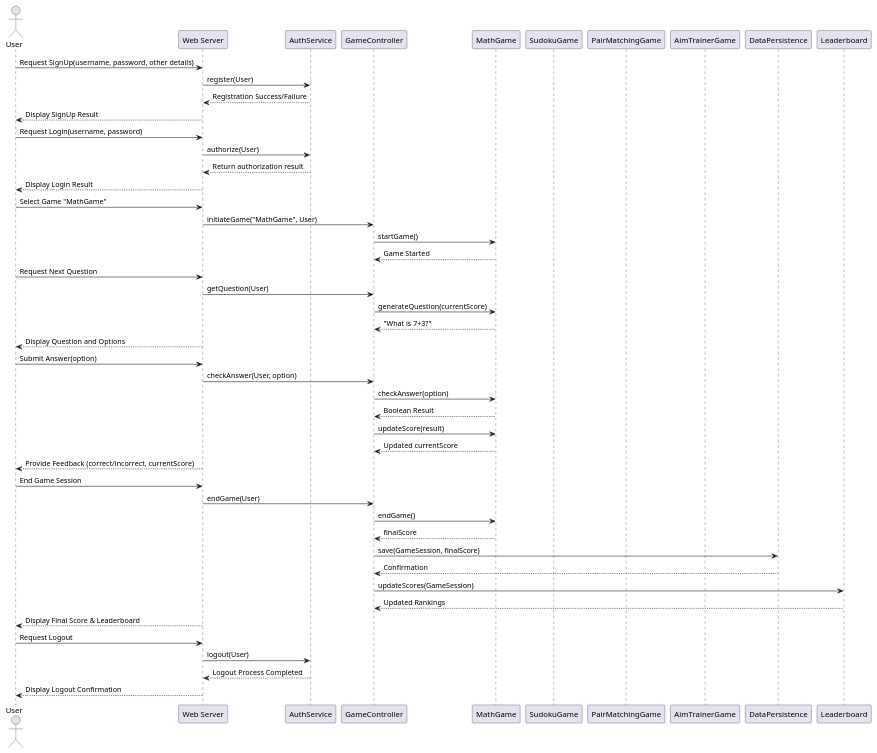
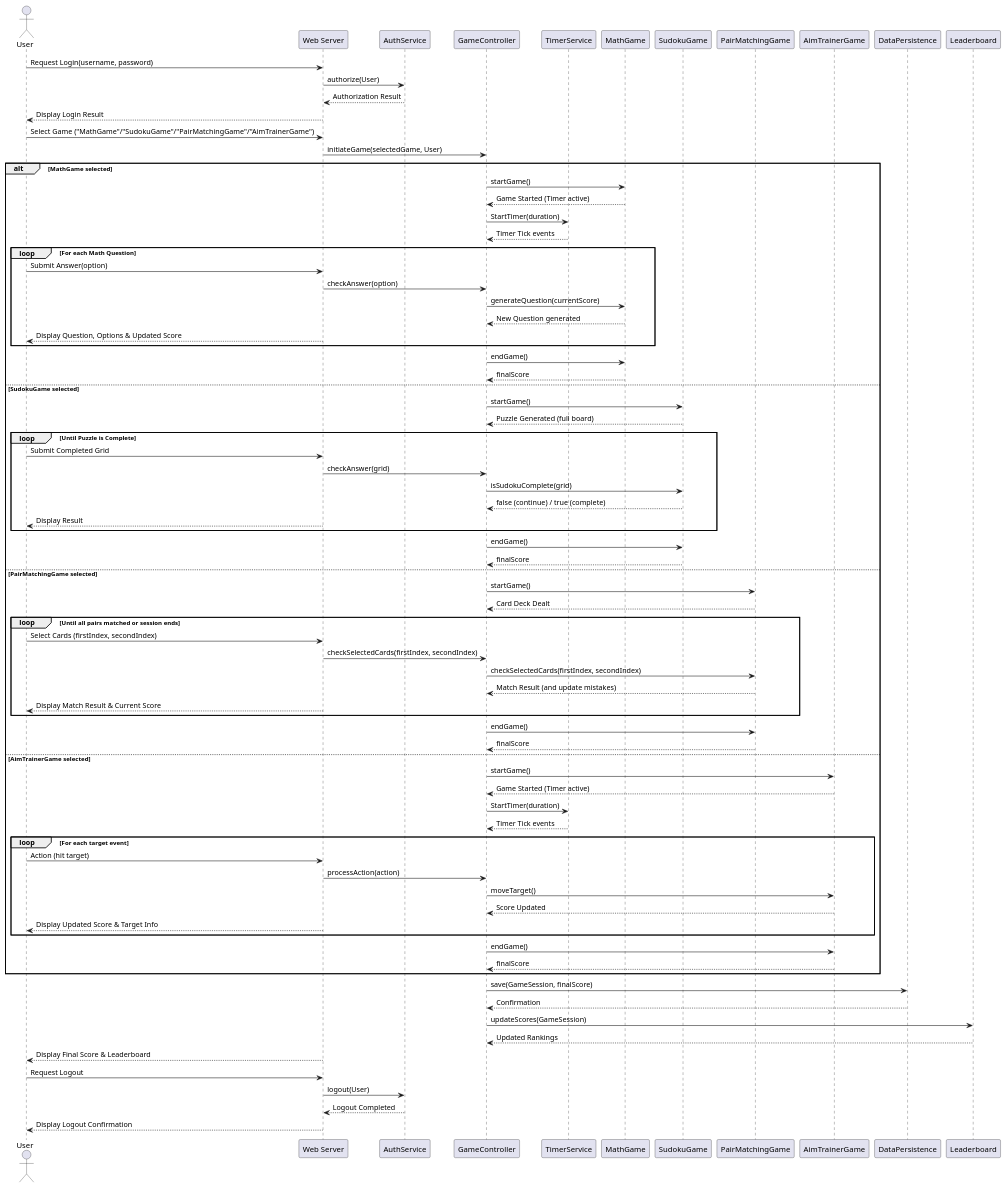
The diagram in Diagrams/sequence_diagram.puml (mykolas-alt/Komanda-1), drawn with PlantUML before and after one commit. The commit also changed 1 other file, not shown here.

Commit message:
refactor: Updated sequence and class diagrams

```diff
--- a/Diagrams/sequence_diagram.puml
+++ b/Diagrams/sequence_diagram.puml
@@ -1,67 +1,91 @@
 @startuml
 actor "User" as User
 participant "Web Server" as Server
 participant "AuthService" as Auth
 participant "GameController" as GameCtrl
+participant "TimerService" as Timer
 participant "MathGame" as MathGame
 participant "SudokuGame" as Sudoku
 participant "PairMatchingGame" as PairMatch
 participant "AimTrainerGame" as AimTrainer
 participant "DataPersistence" as DB
 participant "Leaderboard" as LB
 
 ' =================== Authentication Flow ===================
-' ---- Sign Up Flow ----
-User -> Server: Request SignUp(username, password, other details)
-Server -> Auth: register(User)
-Auth --> Server: Registration Success/Failure
-Server --> User: Display SignUp Result
-
-' ---- Login Flow ----
 User -> Server: Request Login(username, password)
 Server -> Auth: authorize(User)
-Auth --> Server: Return authorization result
+Auth --> Server: Authorization Result
 Server --> User: Display Login Result
 
-' =================== Game Selection and Play ===================
-' ---- Game Selection ----
-User -> Server: Select Game "MathGame"
-Server -> GameCtrl: initiateGame("MathGame", User)
-GameCtrl -> MathGame: startGame()
-MathGame --> GameCtrl: Game Started
+' =================== Game Selection ===================
+User -> Server: Select Game ("MathGame"/"SudokuGame"/"PairMatchingGame"/"AimTrainerGame")
+Server -> GameCtrl: initiateGame(selectedGame, User)
 
-' ---- Game Play Loop ----
-User -> Server: Request Next Question
-Server -> GameCtrl: getQuestion(User)
-GameCtrl -> MathGame: generateQuestion(currentScore)
-MathGame --> GameCtrl: "What is 7+3?" 
-Server --> User: Display Question and Options
+alt MathGame selected
+    GameCtrl -> MathGame: startGame()
+    MathGame --> GameCtrl: Game Started (Timer active)
+    GameCtrl -> Timer: StartTimer(duration)
+    Timer --> GameCtrl: Timer Tick events
+    loop For each Math Question
+        User -> Server: Submit Answer(option)
+        Server -> GameCtrl: checkAnswer(option)
+        GameCtrl -> MathGame: generateQuestion(currentScore)
+        MathGame --> GameCtrl: New Question generated
+        Server --> User: Display Question, Options & Updated Score
+    end
+    GameCtrl -> MathGame: endGame()
+    MathGame --> GameCtrl: finalScore
+else SudokuGame selected
+    GameCtrl -> Sudoku: startGame()
+    Sudoku --> GameCtrl: Puzzle Generated (full board)
+    loop Until Puzzle is Complete
+        User -> Server: Submit Completed Grid
+        Server -> GameCtrl: checkAnswer(grid)
+        GameCtrl -> Sudoku: isSudokuComplete(grid)
+        Sudoku --> GameCtrl: false (continue) / true (complete)
+        Server --> User: Display Result
+    end
+    GameCtrl -> Sudoku: endGame()
+    Sudoku --> GameCtrl: finalScore
+else PairMatchingGame selected
+    GameCtrl -> PairMatch: startGame()
+    PairMatch --> GameCtrl: Card Deck Dealt
+    loop Until all pairs matched or session ends
+        User -> Server: Select Cards (firstIndex, secondIndex)
+        Server -> GameCtrl: checkSelectedCards(firstIndex, secondIndex)
+        GameCtrl -> PairMatch: checkSelectedCards(firstIndex, secondIndex)
+        PairMatch --> GameCtrl: Match Result (and update mistakes)
+        Server --> User: Display Match Result & Current Score
+    end
+    GameCtrl -> PairMatch: endGame()
+    PairMatch --> GameCtrl: finalScore
+else AimTrainerGame selected
+    GameCtrl -> AimTrainer: startGame()
+    AimTrainer --> GameCtrl: Game Started (Timer active)
+    GameCtrl -> Timer: StartTimer(duration)
+    Timer --> GameCtrl: Timer Tick events
+    loop For each target event
+        User -> Server: Action (hit target)
+        Server -> GameCtrl: processAction(action)
+        GameCtrl -> AimTrainer: moveTarget()
+        AimTrainer --> GameCtrl: Score Updated
+        Server --> User: Display Updated Score & Target Info
+    end
+    GameCtrl -> AimTrainer: endGame()
+    AimTrainer --> GameCtrl: finalScore
+end
 
-User -> Server: Submit Answer(option)
-Server -> GameCtrl: checkAnswer(User, option)
-GameCtrl -> MathGame: checkAnswer(option)
-MathGame --> GameCtrl: Boolean Result
-GameCtrl -> MathGame: updateScore(result)
-MathGame --> GameCtrl: Updated currentScore
-Server --> User: Provide Feedback (correct/incorrect, currentScore)
-
-' (Loop these steps for multiple rounds)
-
-' =================== Ending the Game Session ===================
-User -> Server: End Game Session
-Server -> GameCtrl: endGame(User)
-GameCtrl -> MathGame: endGame()
-MathGame --> GameCtrl: finalScore
+' =================== Ending Game Session ===================
 GameCtrl -> DB: save(GameSession, finalScore)
 DB --> GameCtrl: Confirmation
 GameCtrl -> LB: updateScores(GameSession)
 LB --> GameCtrl: Updated Rankings
 Server --> User: Display Final Score & Leaderboard
 
 ' =================== Logout Flow ===================
 User -> Server: Request Logout
 Server -> Auth: logout(User)
-Auth --> Server: Logout Process Completed
+Auth --> Server: Logout Completed
 Server --> User: Display Logout Confirmation
 
 @enduml
```
